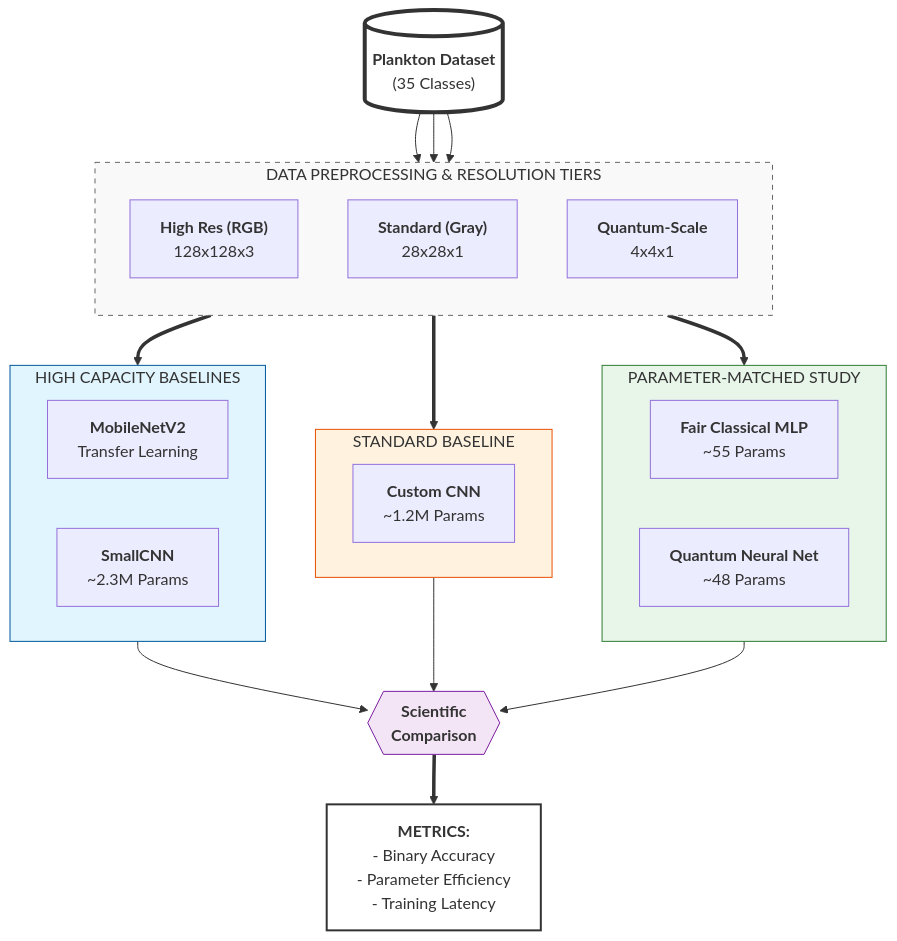
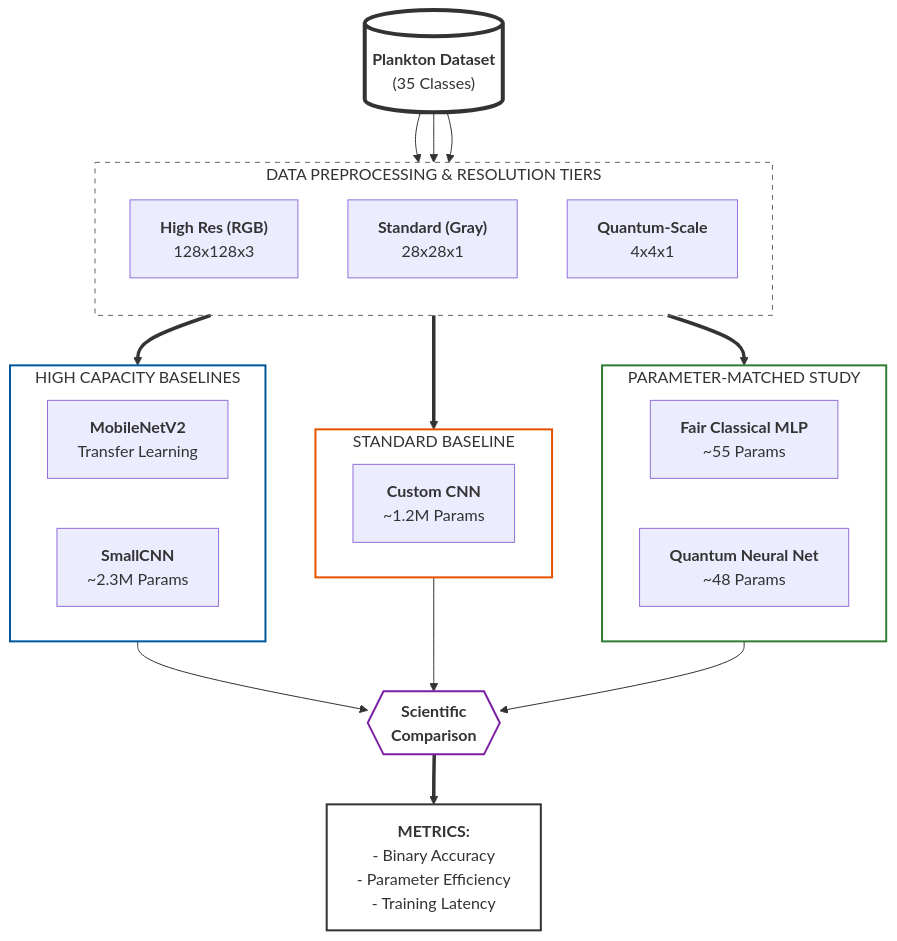
The first of 2 diagrams in phasefour/README.md (juleshenry/quantum-mnist), drawn with Mermaid before and after one commit. The commit also changed other lines of this file and 7 other files, not shown here.

````diff
--- a/phasefour/README.md
+++ b/phasefour/README.md
@@ -8,58 +8,58 @@
 ```mermaid
 graph TD
     %% Dataset Node
     Data[("<b>Plankton Dataset</b><br/>(35 Classes)")]
     
     %% Preprocessing and Resolution Tiers
     subgraph Preprocessing [DATA PREPROCESSING & RESOLUTION TIERS]
         direction TB
         R1["<b>High Res (RGB)</b><br/>128x128x3"]
         R2["<b>Standard (Gray)</b><br/>28x28x1"]
         R3["<b>Quantum-Scale</b><br/>4x4x1"]
     end
 
     Data --> R1
     Data --> R2
     Data --> R3
 
     %% Model Tiers
     subgraph High_Capacity [HIGH CAPACITY BASELINES]
         direction LR
         M1["<b>MobileNetV2</b><br/>Transfer Learning"]
         M2["<b>SmallCNN</b><br/>~2.3M Params"]
     end
 
     subgraph Standard [STANDARD BASELINE]
         M3["<b>Custom CNN</b><br/>~1.2M Params"]
     end
 
     subgraph Parameter_Matched [PARAMETER-MATCHED STUDY]
         direction LR
         M4["<b>Fair Classical MLP</b><br/>~55 Params"]
         M5["<b>Quantum Neural Net</b><br/>~48 Params"]
     end
 
     %% Connections
     R1 ==> High_Capacity
     R2 ==> Standard
     R3 ==> Parameter_Matched
 
     %% Analysis
     Analysis{{"<b>Scientific<br/>Comparison</b>"}}
     High_Capacity --> Analysis
     Standard --> Analysis
     Parameter_Matched --> Analysis
 
     %% Result Metrics
     Metrics["<b>METRICS:</b><br/>- Binary Accuracy<br/>- Parameter Efficiency<br/>- Training Latency"]
     Analysis ==> Metrics
 
-    %% Styling
-    style Data fill:#fff,stroke:#333,stroke-width:4px
-    style Preprocessing fill:#f9f9f9,stroke:#666,stroke-dasharray: 5 5
-    style High_Capacity fill:#e1f5fe,stroke:#01579b
-    style Standard fill:#fff3e0,stroke:#e65100
-    style Parameter_Matched fill:#e8f5e9,stroke:#2e7d32
-    style Analysis fill:#f3e5f5,stroke:#7b1fa2
-    style Metrics fill:#fff,stroke:#333,stroke-width:2px
+    %% Styling for Light/Dark Compatibility
+    style Data fill:none,stroke:#333,stroke-width:4px
+    style Preprocessing fill:none,stroke:#666,stroke-dasharray: 5 5
+    style High_Capacity fill:none,stroke:#01579b,stroke-width:2px
+    style Standard fill:none,stroke:#e65100,stroke-width:2px
+    style Parameter_Matched fill:none,stroke:#2e7d32,stroke-width:2px
+    style Analysis fill:none,stroke:#7b1fa2,stroke-width:2px
+    style Metrics fill:none,stroke:#333,stroke-width:2px
 ```
````
